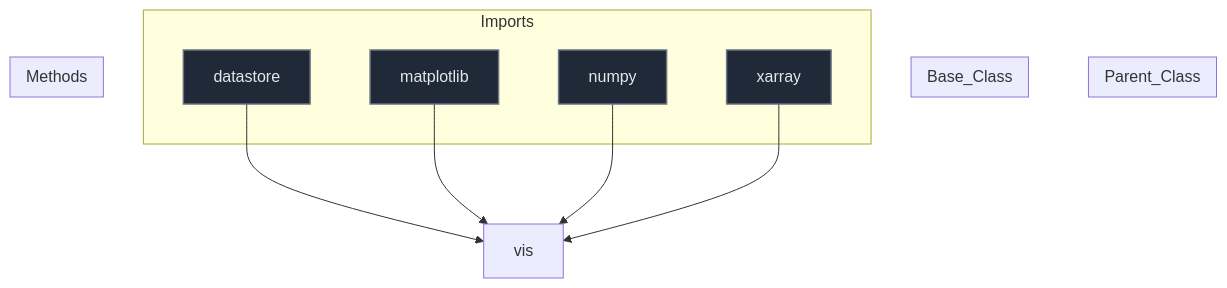
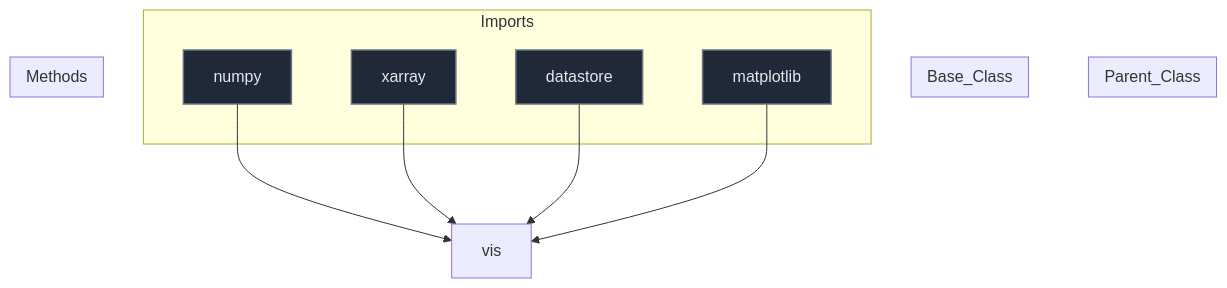
Before and after one commit to mllam/neural-lam: the diagram in docs/diagrams/vis_diagram.md, drawn with Mermaid. The commit also changed 18 other files, not shown here.

Commit message:
Auto-update Mermaid diagrams

````diff
--- a/docs/diagrams/vis_diagram.md
+++ b/docs/diagrams/vis_diagram.md
@@ -1,37 +1,37 @@
 ```mermaid
 %%{init: {'flowchart': {'nodeSpacing': 60, 'rankSpacing': 80}}}%%
 flowchart TD
 
 module["vis"]
 
 subgraph Parent_Class
 end
 
 subgraph Base_Class
 end
 
 
 subgraph Imports
+    numpy["numpy"]
+    xarray["xarray"]
     datastore["datastore"]
     matplotlib["matplotlib"]
-    numpy["numpy"]
-    xarray["xarray"]
 end
 
+    numpy --> module
+    xarray --> module
     datastore --> module
     matplotlib --> module
-    numpy --> module
-    xarray --> module
 
 subgraph Methods
 end
 
 
 classDef parent fill:#0f172a,stroke:#3b82f6,stroke-width:2px,color:#f1f5f9,font-size:16px
 classDef base fill:#78350f,stroke:#f59e0b,stroke-width:1px,color:#fde68a,font-size:16px
 classDef import fill:#1f2937,stroke:#6b7280,stroke-width:1.5px,color:#e5e7eb,font-size:16px
 classDef method fill:#2d043f,stroke:#7c3aed,stroke-width:1.5px,color:#ede9fe,font-size:16px
 classDef callNode fill:#064e3b,stroke:#10b981,stroke-width:1.5px,color:#d1fae5,font-size:16px
-class datastore,matplotlib,numpy,xarray import
+class numpy,xarray,datastore,matplotlib import
 
 ```
````
